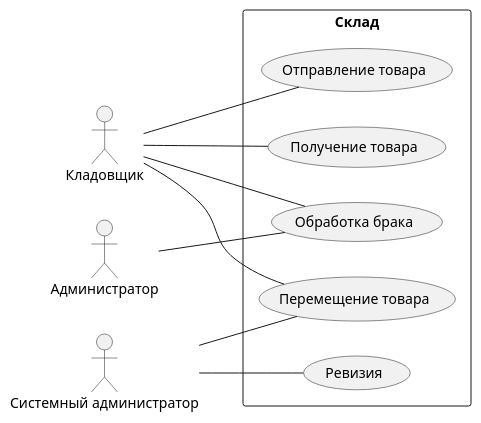
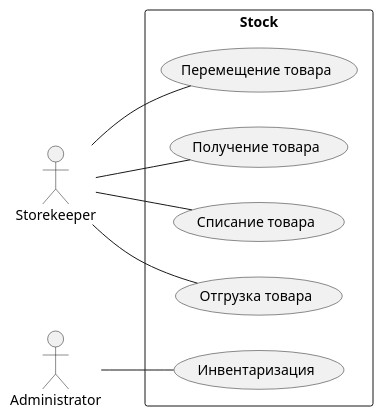
Before and after one commit to penamarth/bsbo-02-21_team5_var6_sklad: the diagram in warehouse/Прецеденты/диаграмма_прецедентов.md, drawn with PlantUML. The commit also changed 2 other files, not shown here.

Commit message:
Create Class Diagram

````diff
--- a/warehouse/Прецеденты/диаграмма_прецедентов.md
+++ b/warehouse/Прецеденты/диаграмма_прецедентов.md
@@ -3,36 +3,27 @@
 ```plantuml
 @startuml
 skinparam packageStyle rect
 left to right direction
 
-:Кладовщик:
-:Администратор:
-:Системный администратор:
+:Storekeeper:
+:Administrator:
 
-package Склад {
+package Stock {
 
 (Получение товара)
-(Отправление товара)
-(Обработка брака)
-(Ревизия)
+(Инвентаризация)
+(Списание товара)
+(Отгрузка товара)
 (Перемещение товара)
 
 }
 
+:Storekeeper: -- (Получение товара)
+:Storekeeper: -- (Списание товара)
+:Storekeeper: -- (Отгрузка товара)
+:Storekeeper: -- (Перемещение товара)
 
-:Кладовщик: -- (Получение товара)
-
-:Кладовщик: -- (Отправление товара)
-
-:Кладовщик: -- (Обработка брака)
-:Администратор: -- (Обработка брака)
-
-:Кладовщик: -- (Перемещение товара)
-
-:Системный администратор: -- (Перемещение товара)
-
-
-(Ревизия) -- :Системный администратор:
+:Administrator: -- (Инвентаризация)
 
 @enduml
 ```
````
